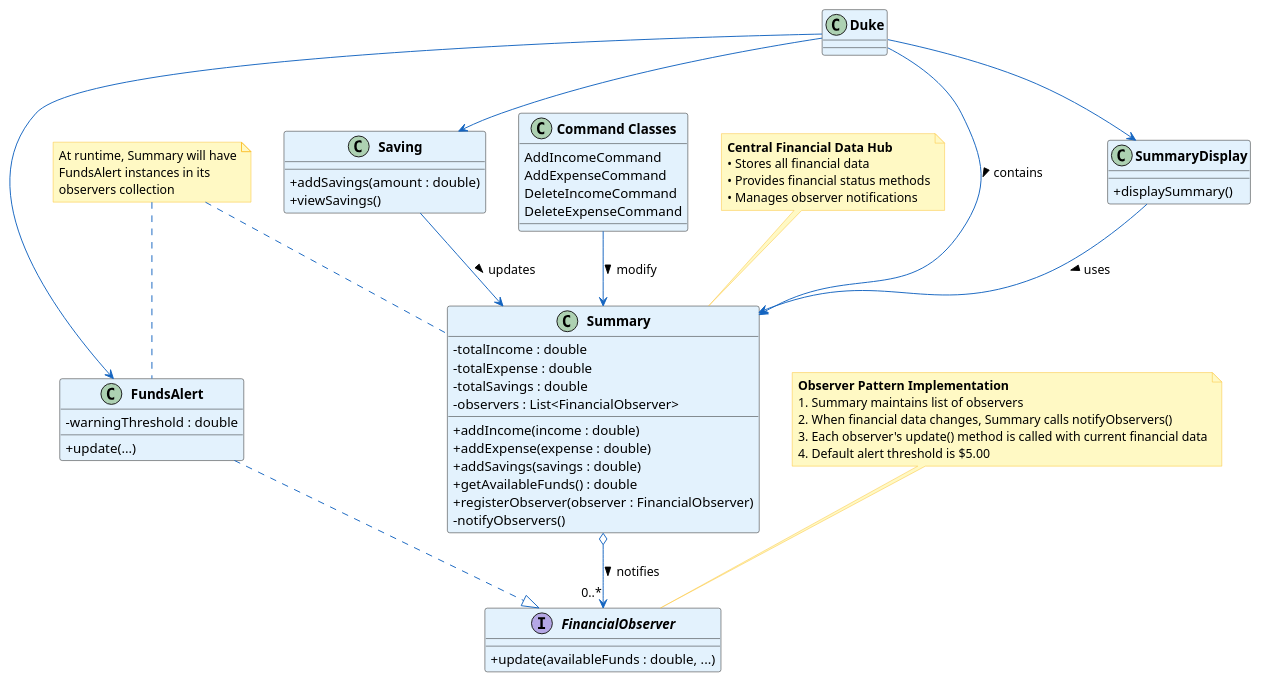
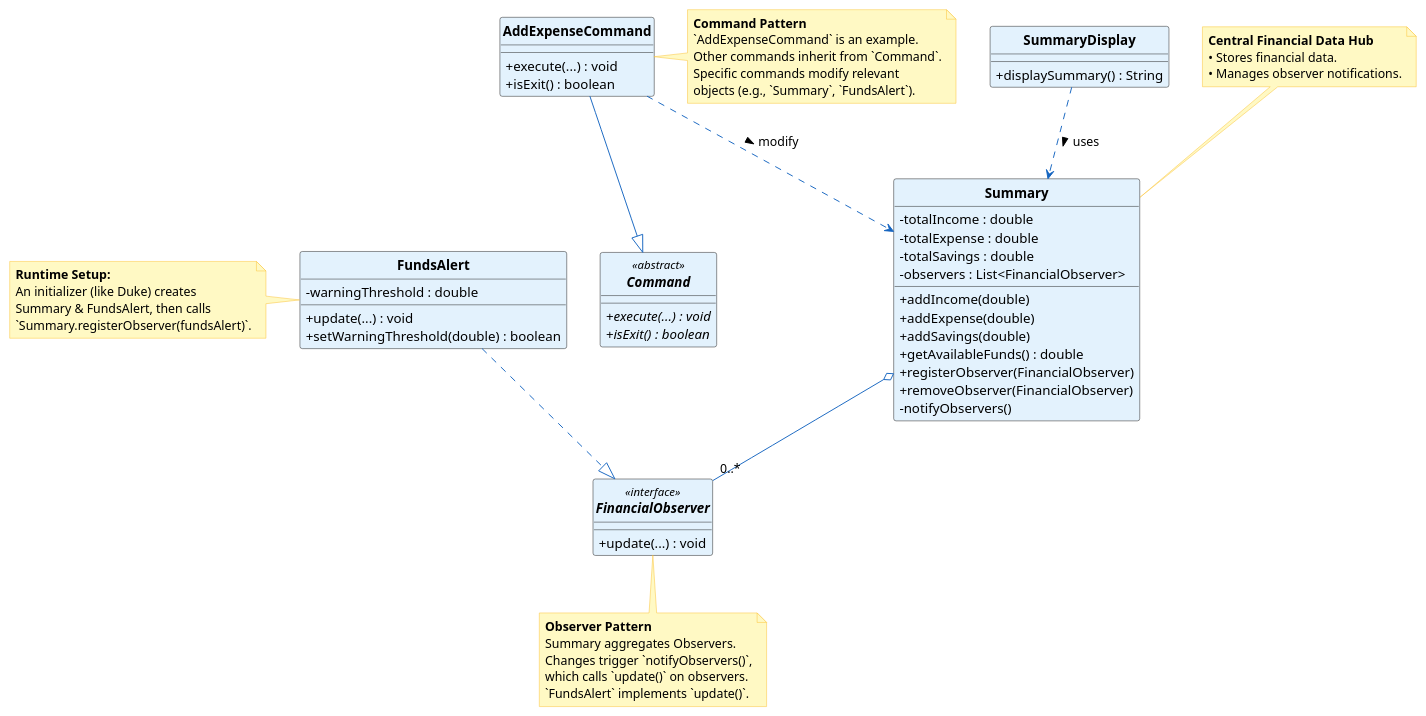
One commit to xiaojielei/tp changed the diagram in docs/puml/Summary.puml. Above: the diagram before and after it, drawn with PlantUML. The commit also changed 5 other files, not shown here.

Commit message:
updated DG diagrams

```diff
--- a/docs/puml/Summary.puml
+++ b/docs/puml/Summary.puml
@@ -1,76 +1,68 @@
 @startuml
-' Class diagram focusing on Summary and its relationships
+hide circle
 skinparam classAttributeIconSize 0
 skinparam classFontStyle bold
 skinparam classBackgroundColor #E3F2FD
 skinparam classArrowColor #1565C0
 skinparam noteBackgroundColor #FFF9C4
 skinparam noteBorderColor #FBC02D
 
-  class Summary {
-    ' Core attributes
-    - totalIncome : double
-    - totalExpense : double
-    - totalSavings : double
-    - observers : List<FinancialObserver>
-    ' Key methods for external interaction
-    + addIncome(income : double)
-    + addExpense(expense : double)
-    + addSavings(savings : double)
-    + getAvailableFunds() : double
-    + registerObserver(observer : FinancialObserver)
-    - notifyObservers()
-  }
+abstract class Command <<abstract>>{
+  + {abstract} execute(...) : void
+  + {abstract} isExit() : boolean
+}
 
-  interface FinancialObserver {
-    + update(availableFunds : double, ...)
-  }
+class AddExpenseCommand {
+  + execute(...) : void
+  + isExit() : boolean
+}
 
-  class FundsAlert {
-    - warningThreshold : double
-    + update(...)
-  }
+class Summary {
+  - totalIncome : double
+  - totalExpense : double
+  - totalSavings : double
+  - observers : List<FinancialObserver>
+  + addIncome(double)
+  + addExpense(double)
+  + addSavings(double)
+  + getAvailableFunds() : double
+  + registerObserver(FinancialObserver)
+  + removeObserver(FinancialObserver)
+  - notifyObservers()
+}
 
-  class SummaryDisplay {
-    + displaySummary()
-  }
+interface FinancialObserver <<interface>> {
+  + update(...) : void
+}
 
-  class Saving {
-    + addSavings(amount : double)
-    + viewSavings()
-  }
+class FundsAlert {
+  - warningThreshold : double
+  + update(...) : void
+  + setWarningThreshold(double) : boolean
+}
 
-  class Duke {
-    ' Main controller
-  }
+class SummaryDisplay {
+  + displaySummary() : String
+}
 
-  ' Command classes that update Summary
-  class "Command Classes" as Commands {
-    AddIncomeCommand
-    AddExpenseCommand
-    DeleteIncomeCommand
-    DeleteExpenseCommand
-  }
 
-  ' Relationships centered around Summary
-  Summary o--> "0..*" FinancialObserver : notifies >
-  FundsAlert ..|> FinancialObserver
-  SummaryDisplay --> Summary : uses >
-  Saving --> Summary : updates >
-  Commands --> Summary : modify >
-  Duke --> Summary : contains >
-  Duke --> SummaryDisplay
-  Duke --> Saving
-  Duke --> FundsAlert
+' --- Relationships ---
+AddExpenseCommand --|> Command
 
-  note "**Central Financial Data Hub**\n• Stores all financial data\n• Provides financial status methods\n• Manages observer notifications" as N0
-  N0 .. Summary
+Summary o-- "0..*" FinancialObserver
+FundsAlert ..|> FinancialObserver
 
-  note "At runtime, Summary will have\nFundsAlert instances in its\nobservers collection" as N1
-  N1 .. Summary
-  N1 .. FundsAlert
+SummaryDisplay ..> Summary : uses >
+AddExpenseCommand ..> Summary : modify >
 
-  note "**Observer Pattern Implementation**\n1. Summary maintains list of observers\n2. When financial data changes, Summary calls notifyObservers()\n3. Each observer's update() method is called with current financial data\n4. Default alert threshold is $5.00" as N2
-  N2 .. FinancialObserver
+
+' --- Notes ---
+note top of Summary : **Central Financial Data Hub**\n• Stores financial data.\n• Manages observer notifications.
+
+note left of FundsAlert : **Runtime Setup:**\nAn initializer (like Duke) creates\nSummary & FundsAlert, then calls\n`Summary.registerObserver(fundsAlert)`.
+
+note bottom of FinancialObserver : **Observer Pattern**\nSummary aggregates Observers.\nChanges trigger `notifyObservers()`,\nwhich calls `update()` on observers.\n`FundsAlert` implements `update()`.
+
+note right of AddExpenseCommand : **Command Pattern**\n`AddExpenseCommand` is an example.\nOther commands inherit from `Command`.\nSpecific commands modify relevant\nobjects (e.g., `Summary`, `FundsAlert`).
 
 @enduml
```
